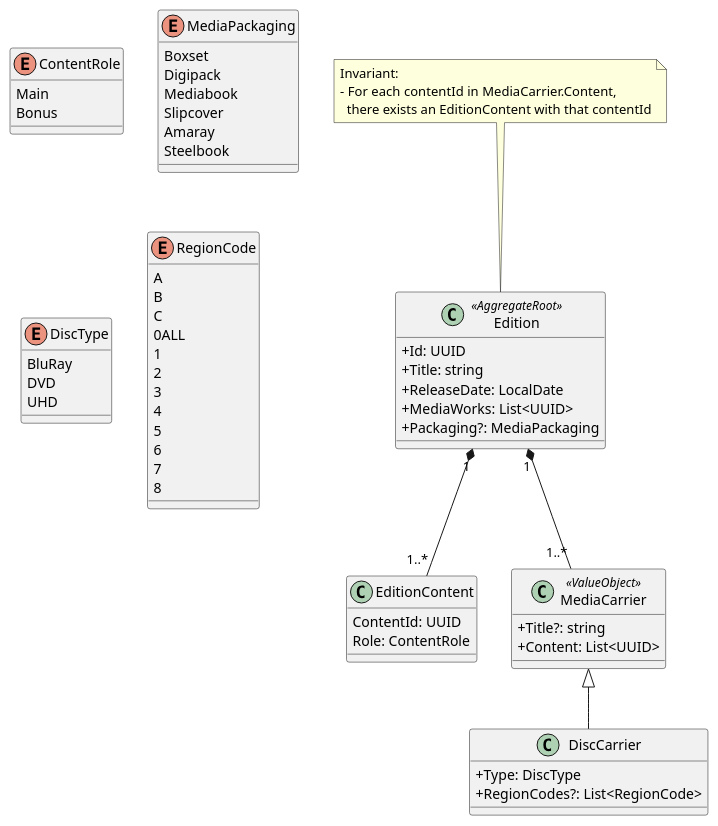
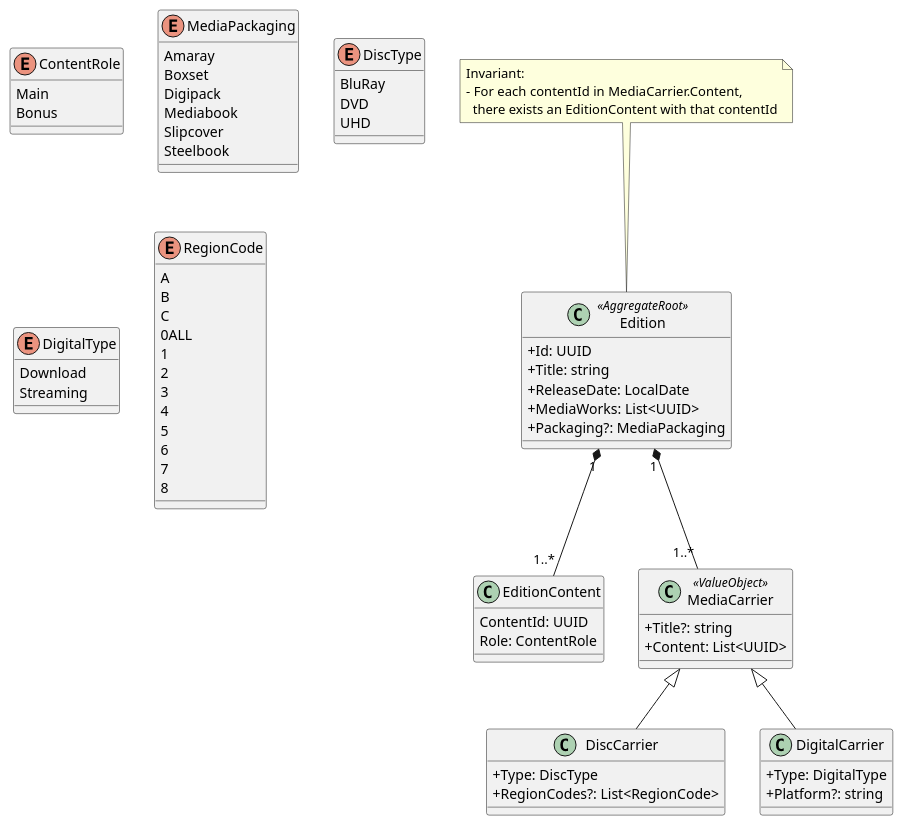
The diagram in docs/uml/domain/domain-edition.puml (yantue/colleq), drawn with PlantUML before and after one commit.

Commit message:
docs: Add DigitalCarrier

```diff
--- a/docs/uml/domain/domain-edition.puml
+++ b/docs/uml/domain/domain-edition.puml
@@ -1,74 +1,86 @@
 @startuml
 skinparam classAttributeIconSize 0
 
 class Edition <<AggregateRoot>> {
     +Id: UUID
     +Title: string
     +ReleaseDate: LocalDate
     +MediaWorks: List<UUID>
     +Packaging?: MediaPackaging
 }
 
 note top of Edition
 Invariant:
 - For each contentId in MediaCarrier.Content,
   there exists an EditionContent with that contentId
 end note
 
 class EditionContent {
     ContentId: UUID
     Role: ContentRole
 }
 
 Edition "1" *-- "1..*" EditionContent
 
 enum ContentRole {
     Main
     Bonus
 }
 
 class MediaCarrier <<ValueObject>> {
     +Title?: string
     +Content: List<UUID>
 }
 
 Edition "1" *-- "1..*" MediaCarrier
 
 class DiscCarrier {
     +Type: DiscType
     +RegionCodes?: List<RegionCode>
 }
 
 MediaCarrier <|-- DiscCarrier
 
+class DigitalCarrier {
+    +Type: DigitalType
+    +Platform?: string
+}
+
+MediaCarrier <|-- DigitalCarrier
+
 enum MediaPackaging {
+    Amaray
     Boxset
     Digipack
     Mediabook
     Slipcover
-    Amaray
     Steelbook
 }
 
 enum DiscType {
     BluRay
     DVD
     UHD
+}
+
+enum DigitalType {
+    Download
+    Streaming
 }
 
 enum RegionCode {
     A
     B
     C
     0ALL
     1
     2
     3
     4
     5
     6
     7
     8
 }
 
 @enduml
```
